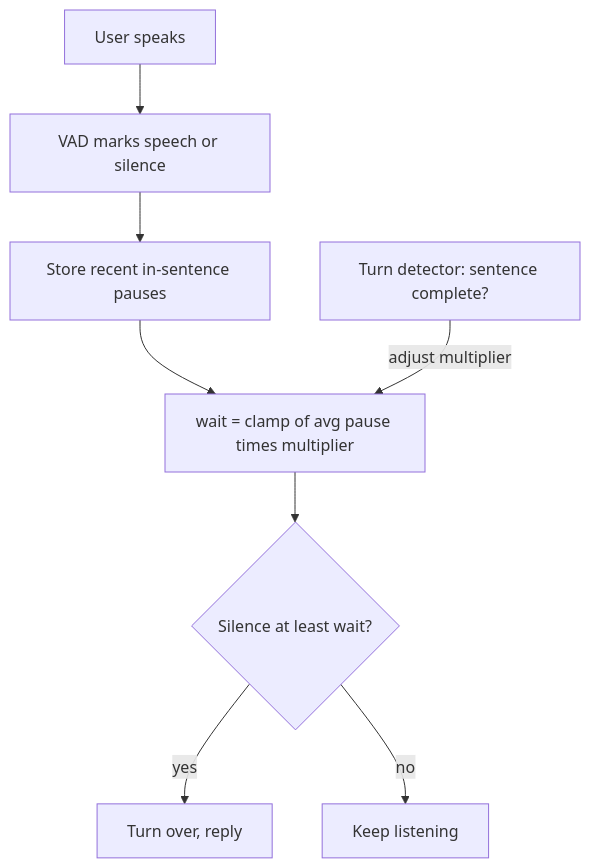
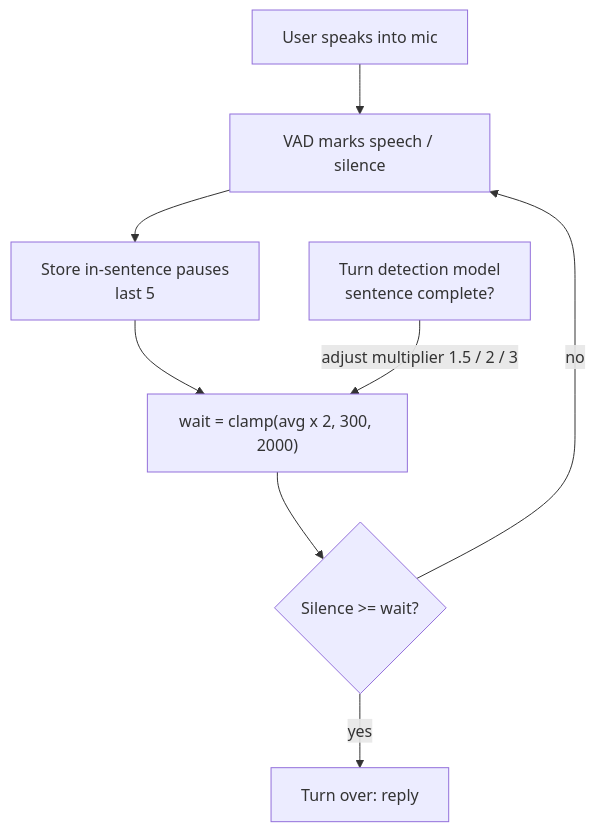
The diagram in notes/step-16-ai-infrastructure-deployment-and-system-design/193-dynamic-endpointing.md (kaisarnajar/outcome-school-blogs), drawn with Mermaid before and after one commit. The commit also changed other lines of this file and 233 other files, not shown here.

````diff
--- a/notes/step-16-ai-infrastructure-deployment-and-system-design/193-dynamic-endpointing.md
+++ b/notes/step-16-ai-infrastructure-deployment-and-system-design/193-dynamic-endpointing.md
@@ -47,10 +63,10 @@
 ```mermaid
 flowchart TD
-    A["User speaks"] --> B["VAD marks speech or silence"]
-    B --> C["Store recent in-sentence pauses"]
-    C --> D["wait = clamp of avg pause times multiplier"]
-    E["Turn detector: sentence complete?"] -->|"adjust multiplier"| D
-    D --> F{"Silence at least wait?"}
-    F -->|"yes"| G["Turn over, reply"]
-    F -->|"no"| H["Keep listening"]
+A1["User speaks into mic"] --> B1["VAD marks speech / silence"]
+B1 --> C1["Store in-sentence pauses<br/>last 5"]
+C1 --> D1["wait = clamp(avg x 2, 300, 2000)"]
+E1["Turn detection model<br/>sentence complete?"] -->|"adjust multiplier 1.5 / 2 / 3"| D1
+D1 --> F1{"Silence >= wait?"}
+F1 -->|"yes"| G1["Turn over: reply"]
+F1 -->|"no"| B1
 ```
````
